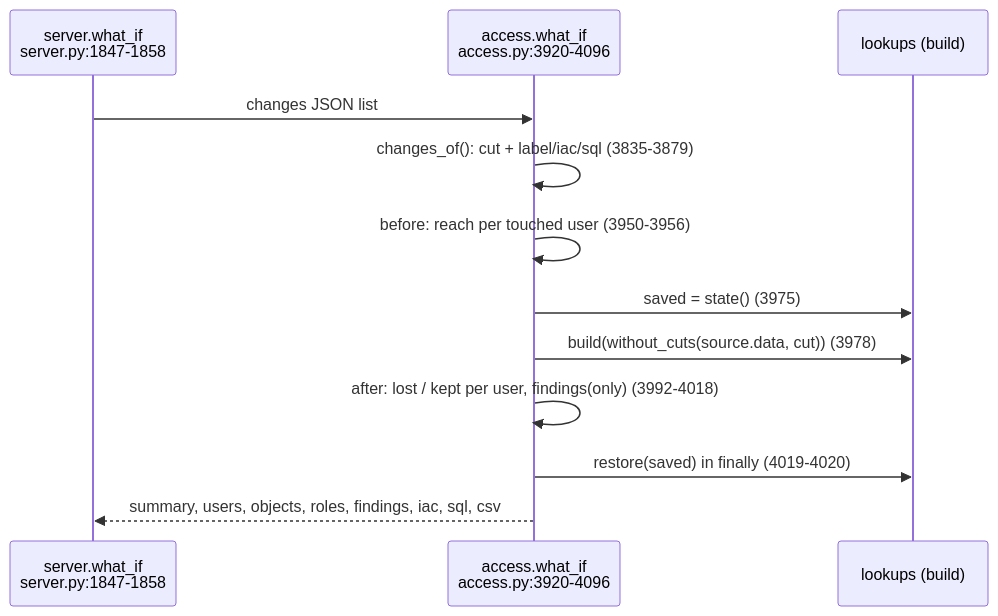
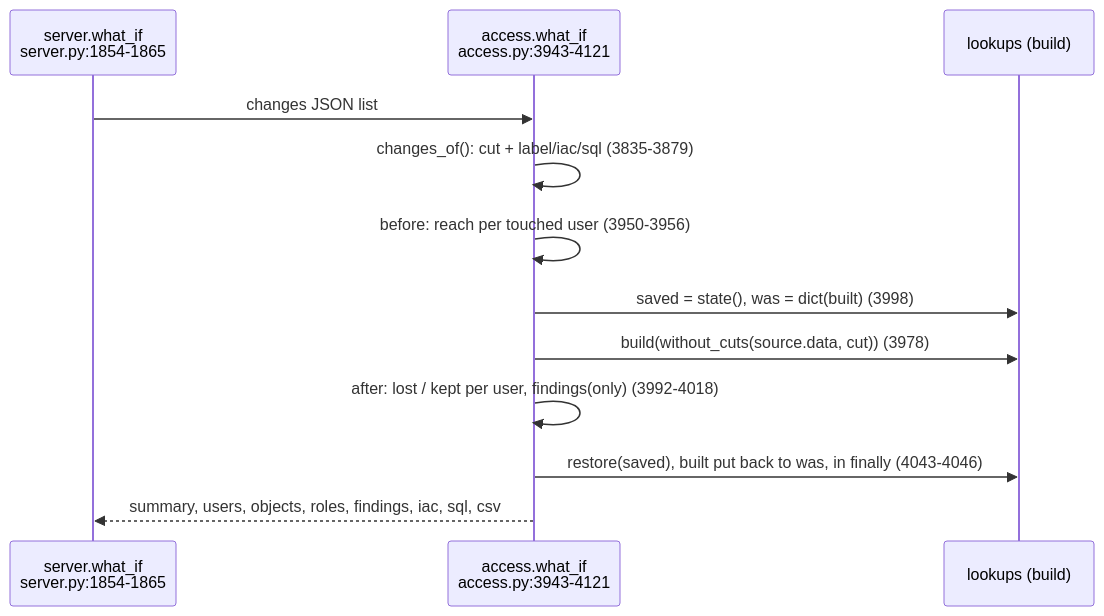
One commit to darshanmeel/snowflake-access-explorer changed the diagram in snowflake-access-explorer-knowledge-graph/logic/what-if.md. Above: the diagram before and after it, drawn with Mermaid. The commit also changed other lines of this file and 147 other files, not shown here.

````diff
--- a/snowflake-access-explorer-knowledge-graph/logic/what-if.md
+++ b/snowflake-access-explorer-knowledge-graph/logic/what-if.md
@@ -5,14 +5,14 @@
 ```mermaid
 sequenceDiagram
-  participant S as server.what_if<br/>server.py:1847-1858
-  participant W as access.what_if<br/>access.py:3920-4096
+  participant S as server.what_if<br/>server.py:1854-1865
+  participant W as access.what_if<br/>access.py:3943-4121
   participant L as lookups (build)
   S->>W: changes JSON list
   W->>W: changes_of(): cut + label/iac/sql (3835-3879)
   W->>W: before: reach per touched user (3950-3956)
-  W->>L: saved = state() (3975)
+  W->>L: saved = state(), was = dict(built) (3998)
   W->>L: build(without_cuts(source.data, cut)) (3978)
   W->>W: after: lost / kept per user, findings(only) (3992-4018)
-  W->>L: restore(saved) in finally (4019-4020)
+  W->>L: restore(saved), built put back to was, in finally (4043-4046)
   W-->>S: summary, users, objects, roles, findings, iac, sql, csv
 ```
````
